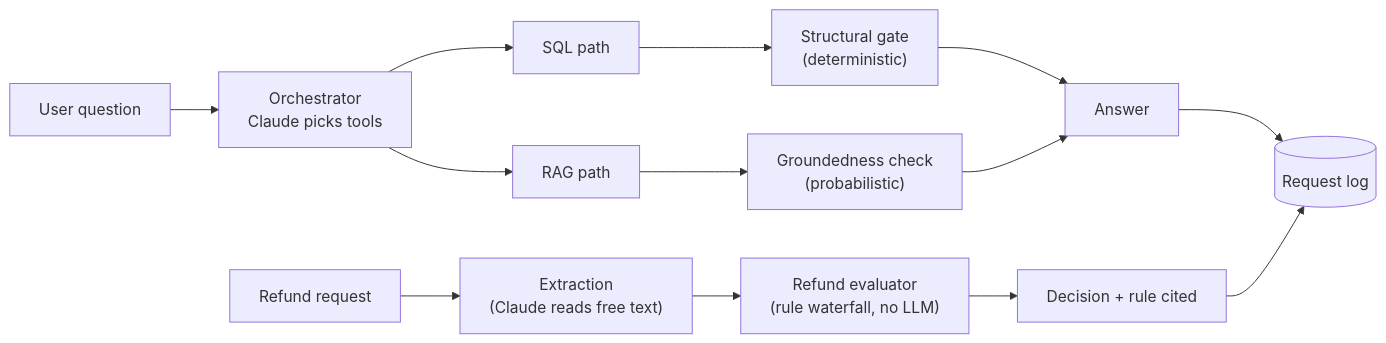
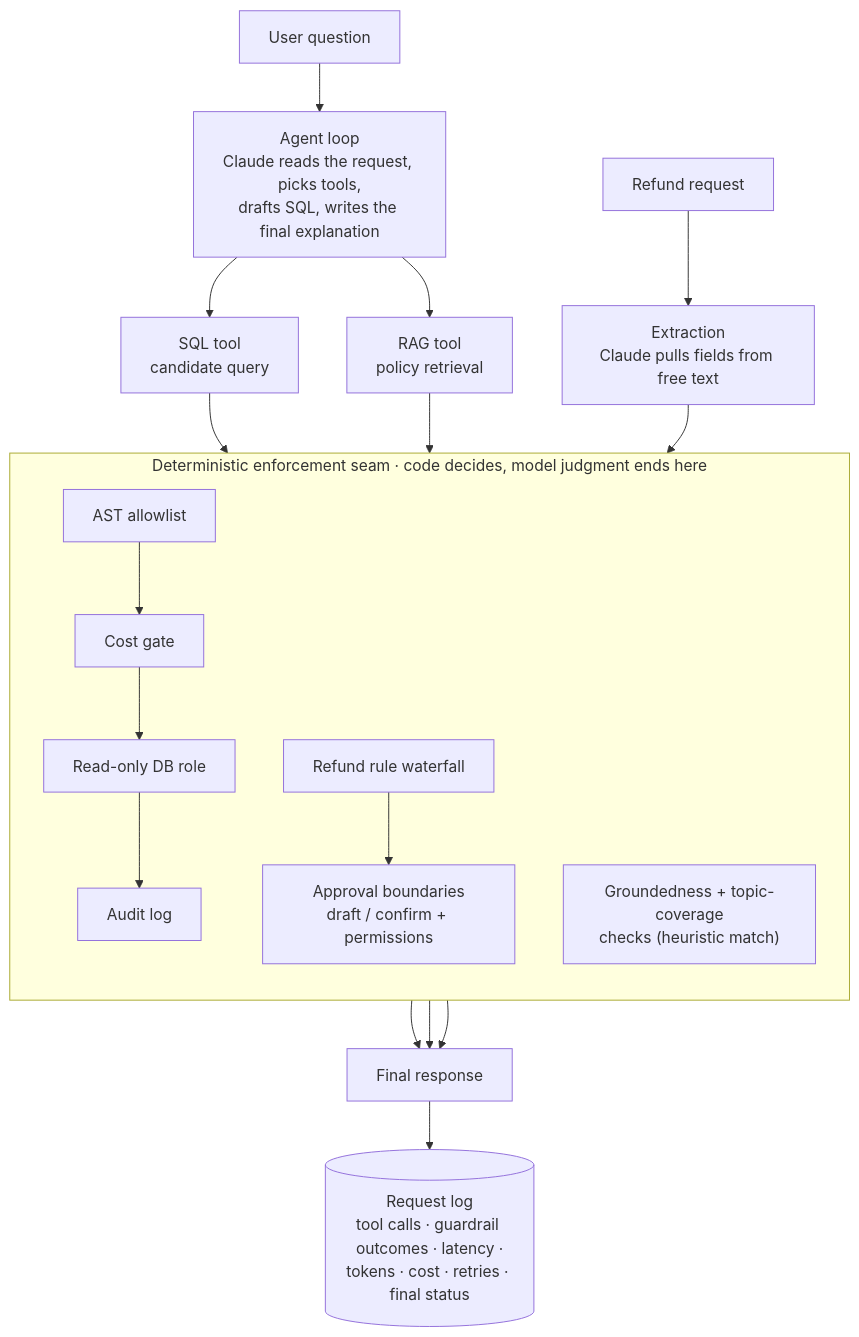
Before and after one commit to davidhahn/ecom-workflow-agent: the diagram in README.md, drawn with Mermaid. The commit also changed other lines of this file, not shown here.

Commit message:
Update the diagram and tweak the writing in README

````diff
--- a/README.md
+++ b/README.md
@@ -22,16 +22,22 @@
 ```mermaid
-flowchart LR
-    U[User question] --> O["Orchestrator<br/>Claude picks tools"]
-    O --> SQL[SQL path]
-    O --> RAG[RAG path]
-    SQL --> G1["Structural gate<br/>(deterministic)"]
-    RAG --> G2["Groundedness check<br/>(probabilistic)"]
-    G1 --> ANS[Answer]
-    G2 --> ANS
-    ANS --> LOG[(Request log)]
+flowchart TD
+    Q[User question] --> LOOP["Agent loop<br/>Claude reads the request, picks tools,<br/>drafts SQL, writes the final explanation"]
+    R[Refund request] --> EXT["Extraction<br/>Claude pulls fields from free text"]
+    LOOP --> SQLT["SQL tool<br/>candidate query"]
+    LOOP --> RAGT["RAG tool<br/>policy retrieval"]
 
-    REQ[Refund request] --> EX["Extraction<br/>(Claude reads free text)"]
-    EX --> EVAL["Refund evaluator<br/>(rule waterfall, no LLM)"]
-    EVAL --> DEC[Decision + rule cited]
-    DEC --> LOG
+    subgraph SEAM["Deterministic enforcement seam · code decides, model judgment ends here"]
+        direction TB
+        AST[AST allowlist] --> COST[Cost gate] --> ROLE[Read-only DB role] --> AUDIT[Audit log]
+        GROUND["Groundedness + topic-coverage<br/>checks (heuristic match)"]
+        WATER[Refund rule waterfall] --> APPR["Approval boundaries<br/>draft / confirm + permissions"]
+    end
+
+    SQLT --> AST
+    RAGT --> GROUND
+    EXT --> WATER
+    AUDIT --> ANS[Final response]
+    GROUND --> ANS
+    APPR --> ANS
+    ANS --> LOG[("Request log<br/>tool calls · guardrail outcomes · latency ·<br/>tokens · cost · retries · final status")]
 ```
````
